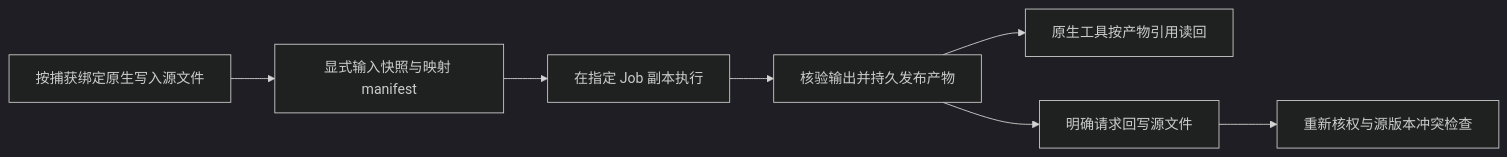
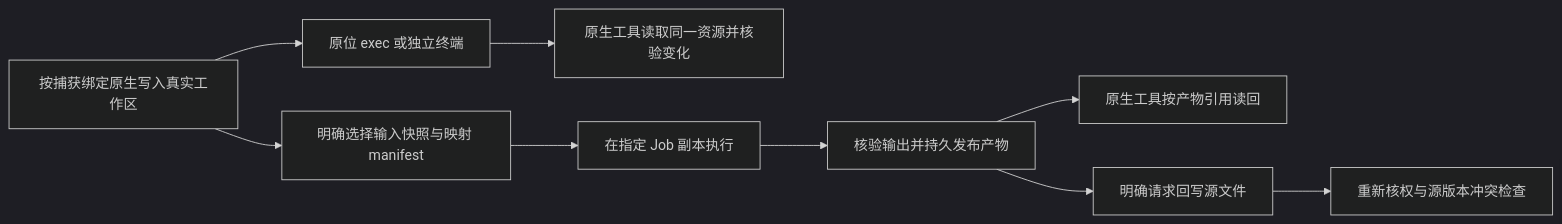
One commit to dollarser/helix-agent changed the third of 3 diagrams in docs/architecture/harness-refactor-plan.md. Above: the diagram before and after it, drawn with Mermaid (dark theme). The commit also changed other lines of this file and 35 other files, not shown here.

````diff
--- a/docs/architecture/harness-refactor-plan.md
+++ b/docs/architecture/harness-refactor-plan.md
@@ -1310,9 +1310,11 @@
 ```mermaid
 flowchart LR
-    A[按捕获绑定原生写入源文件] --> B[显式输入快照与映射 manifest]
+    A[按捕获绑定原生写入真实工作区] --> H[原位 exec 或独立终端]
+    H --> I[原生工具读取同一资源并核验变化]
+    A --> B[明确选择输入快照与映射 manifest]
     B --> C[在指定 Job 副本执行]
     C --> D[核验输出并持久发布产物]
     D --> E[原生工具按产物引用读回]
     D --> F[明确请求回写源文件]
     F --> G[重新核权与源版本冲突检查]
 ```
````
